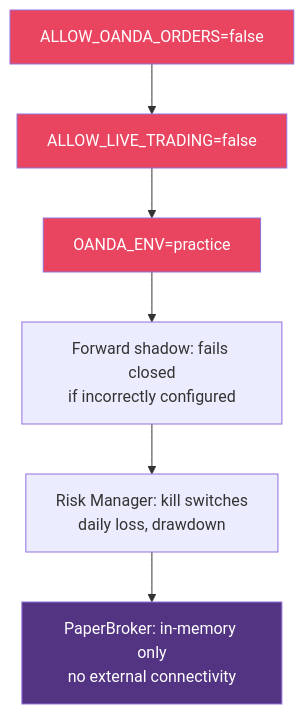
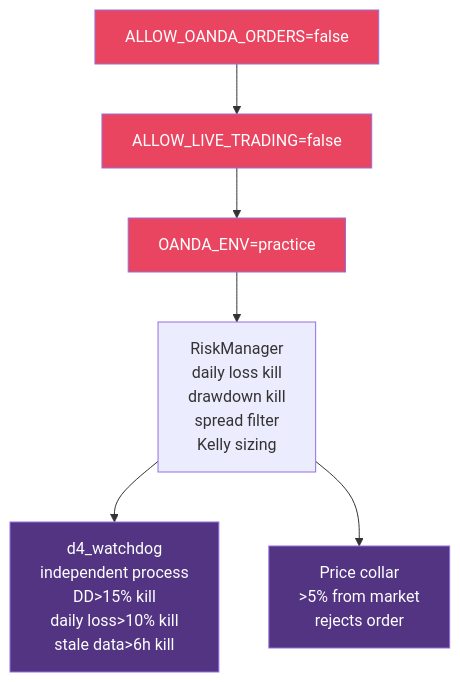
The diagram in docs/ARCHITECTURE.md (Naxisbeast/AURUM-1), drawn with Mermaid before and after one commit. The commit also changed other lines of this file and 22 other files, not shown here.

First line of the commit message:
Final restructure: research dir, mistakes dir, updated architecture, language sweep

````diff
--- a/docs/ARCHITECTURE.md
+++ b/docs/ARCHITECTURE.md
@@ -152,13 +67,14 @@
 ```mermaid
 graph TD
     AO[ALLOW_OANDA_ORDERS=false] --> AL[ALLOW_LIVE_TRADING=false]
     AL --> OE[OANDA_ENV=practice]
-    OE --> FC[Forward shadow: fails closed<br/>if incorrectly configured]
-    FC --> RM2[Risk Manager: kill switches<br/>daily loss, drawdown]
-    RM2 --> PB2[PaperBroker: in-memory only<br/>no external connectivity]
+    OE --> RM[RiskManager<br/>daily loss kill<br/>drawdown kill<br/>spread filter<br/>Kelly sizing]
+    RM --> WD[d4_watchdog<br/>independent process<br/>DD>15% kill<br/>daily loss>10% kill<br/>stale data>6h kill]
+    RM --> PC[Price collar<br/>>5% from market<br/>rejects order]
 
     style AO fill:#e94560,color:#fff
     style AL fill:#e94560,color:#fff
     style OE fill:#e94560,color:#fff
-    style PB2 fill:#533483,color:#fff
+    style WD fill:#533483,color:#fff
+    style PC fill:#533483,color:#fff
 ```
````
